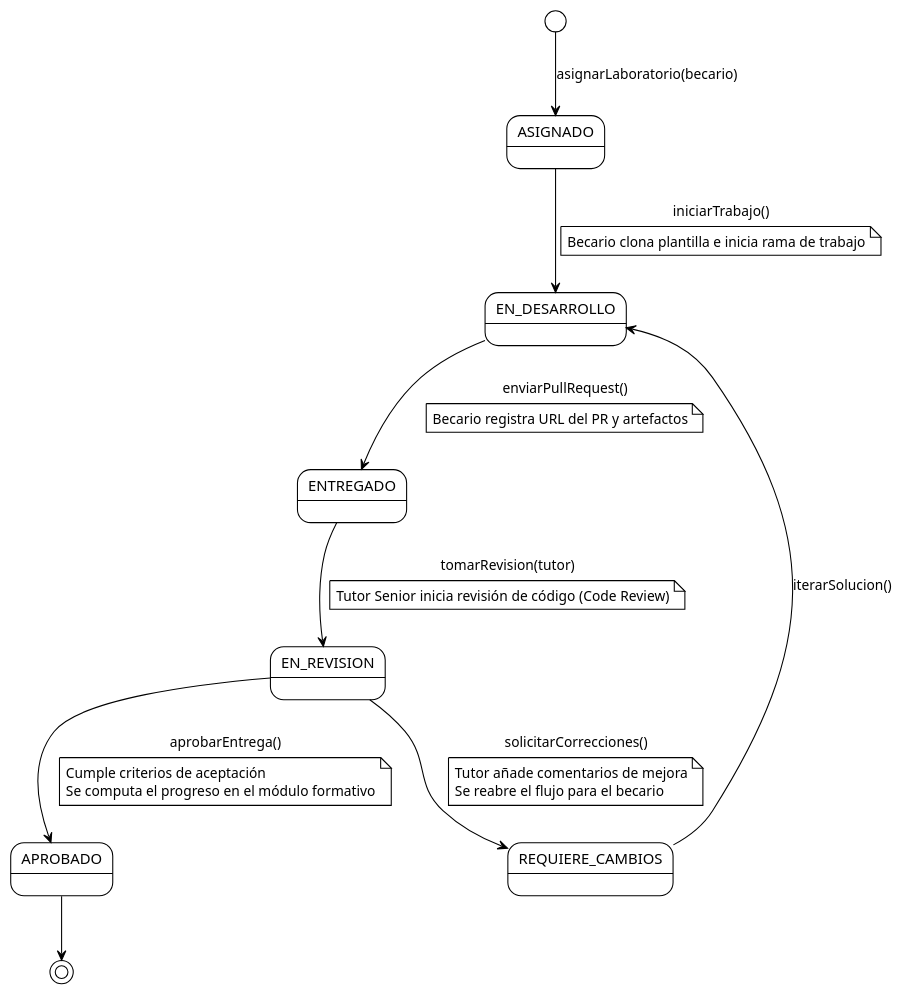
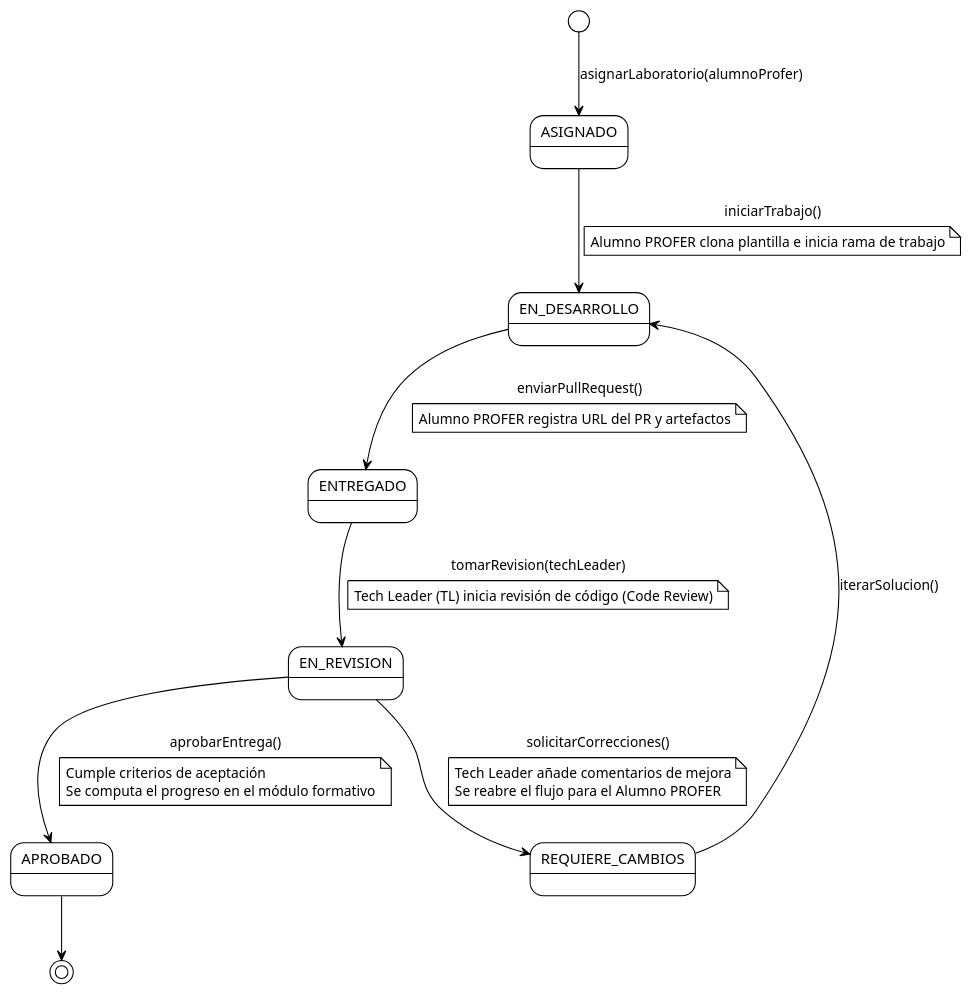
One commit to TheMoys/CTS-Academy changed the diagram in RUP/00-modelo-del-dominio/estados-entidades/entregaLaboratorio-estados.puml. Above: the diagram before and after it, drawn with PlantUML. The commit also changed 5 other files, not shown here.

Commit message:
refactor(dominio): actualizar roles a AlumnoProfer, TechLeader y GestorProfer

```diff
--- a/RUP/00-modelo-del-dominio/estados-entidades/entregaLaboratorio-estados.puml
+++ b/RUP/00-modelo-del-dominio/estados-entidades/entregaLaboratorio-estados.puml
@@ -1,43 +1,43 @@
 @startuml entregaLaboratorio-estados
 
 !theme plain
 skinparam state {
   BackgroundColor White
   BorderColor Black
   ArrowColor Black
 }
 
-[*] --> ASIGNADO : asignarLaboratorio(becario)
+[*] --> ASIGNADO : asignarLaboratorio(alumnoProfer)
 
 ASIGNADO --> EN_DESARROLLO : iniciarTrabajo()
 note on link
-  Becario clona plantilla e inicia rama de trabajo
+  Alumno PROFER clona plantilla e inicia rama de trabajo
 end note
 
 EN_DESARROLLO --> ENTREGADO : enviarPullRequest()
 note on link
-  Becario registra URL del PR y artefactos
+  Alumno PROFER registra URL del PR y artefactos
 end note
 
-ENTREGADO --> EN_REVISION : tomarRevision(tutor)
+ENTREGADO --> EN_REVISION : tomarRevision(techLeader)
 note on link
-  Tutor Senior inicia revisión de código (Code Review)
+  Tech Leader (TL) inicia revisión de código (Code Review)
 end note
 
 EN_REVISION --> REQUIERE_CAMBIOS : solicitarCorrecciones()
 note on link
-  Tutor añade comentarios de mejora
-  Se reabre el flujo para el becario
+  Tech Leader añade comentarios de mejora
+  Se reabre el flujo para el Alumno PROFER
 end note
 
 REQUIERE_CAMBIOS --> EN_DESARROLLO : iterarSolucion()
 
 EN_REVISION --> APROBADO : aprobarEntrega()
 note on link
   Cumple criterios de aceptación
   Se computa el progreso en el módulo formativo
 end note
 
 APROBADO --> [*]
 
 @enduml
```
